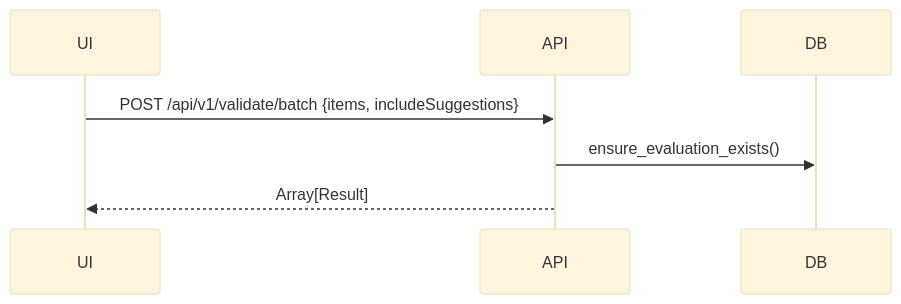
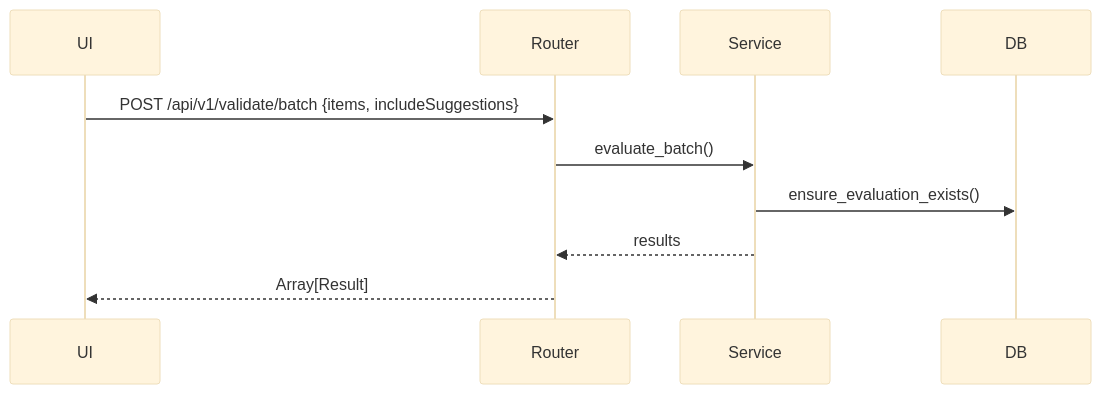
One commit to Flissel/-req-orchestrator changed diagram 12 of 15 in docs/architecture/SYSTEM_OVERVIEW.md. Above: the diagram before and after it, drawn with Mermaid (base theme). The commit also changed other lines of this file and 128 other files, not shown here.

````diff
--- a/docs/architecture/SYSTEM_OVERVIEW.md
+++ b/docs/architecture/SYSTEM_OVERVIEW.md
@@ -360,9 +672,12 @@
 ```mermaid
 sequenceDiagram
   participant UI
-  participant API
+  participant Router
+  participant Service
   participant DB
-  UI->>API: POST /api/v1/validate/batch {items, includeSuggestions}
-  API->>DB: ensure_evaluation_exists()
-  API-->>UI: Array[Result]
+  UI->>Router: POST /api/v1/validate/batch {items, includeSuggestions}
+  Router->>Service: evaluate_batch()
+  Service->>DB: ensure_evaluation_exists()
+  Service-->>Router: results
+  Router-->>UI: Array[Result]
 ```
````
